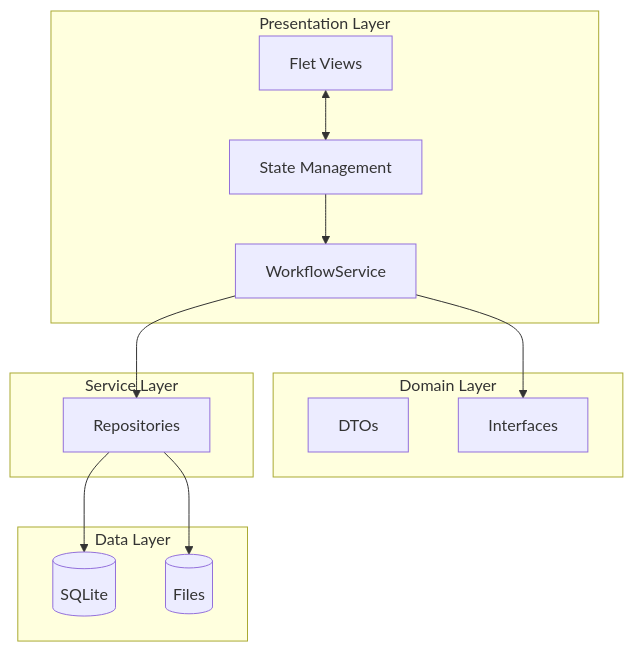
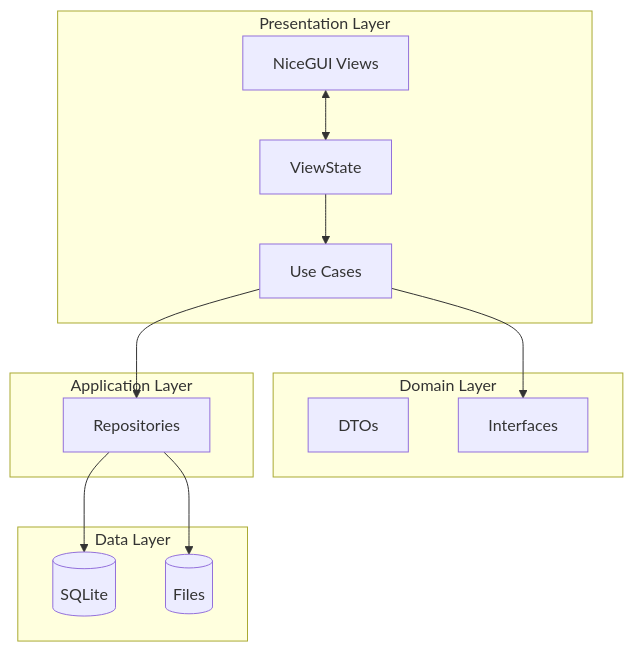
Before and after one commit to arfiligol/Income-Statement-App: the diagram in docs/explanation/architecture/index.md, drawn with Mermaid. The commit also changed other lines of this file and 61 other files, not shown here.

Commit message:
Clean NiceGUI architecture and remove legacy code

````diff
--- a/docs/explanation/architecture/index.md
+++ b/docs/explanation/architecture/index.md
@@ -45,22 +47,22 @@
 ```mermaid
 graph TD
     subgraph UI [Presentation Layer]
-        View[Flet Views] <--> State[State Management]
-        State --> Service
+        View[NiceGUI Views] <--> State[ViewState]
+        State --> UseCase
     end
 
     subgraph Domain [Domain Layer]
         DTOs
         Interface[Interfaces]
     end
 
-    subgraph Logic [Service Layer]
-        Service[WorkflowService] --> Repo[Repositories]
-        Service --> Interface
+    subgraph Logic [Application Layer]
+        UseCase[Use Cases] --> Repo[Repositories]
+        UseCase --> Interface
     end
 
     subgraph Data [Data Layer]
         Repo --> DB[(SQLite)]
         Repo --> Excel[(Files)]
     end
 ```
````
